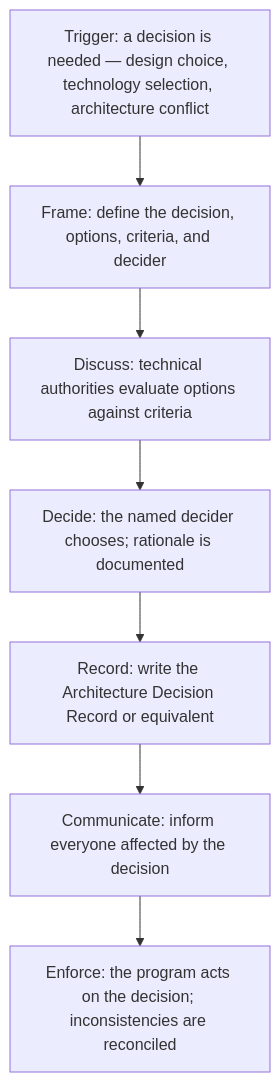
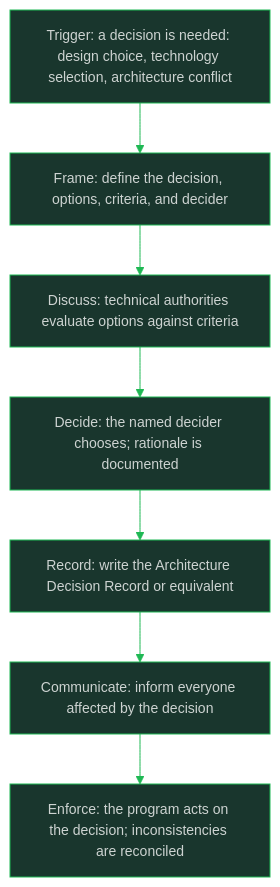
Before and after one commit to oat431/swe-knowledge: the diagram in career-path/12_Technical_Program_Manager/02_Technical_Integration_and_Architecture/06_Technical_Decision_Facilitation.md, drawn with Mermaid. The commit also changed other lines of this file and 893 other files, not shown here.

````diff
--- a/career-path/12_Technical_Program_Manager/02_Technical_Integration_and_Architecture/06_Technical_Decision_Facilitation.md
+++ b/career-path/12_Technical_Program_Manager/02_Technical_Integration_and_Architecture/06_Technical_Decision_Facilitation.md
@@ -31,9 +31,10 @@
 ```mermaid
+%%{init: {'theme':'base','themeVariables':{'primaryColor':'#19362D','primaryTextColor':'#CDD3D1','primaryBorderColor':'#1FB854','lineColor':'#1FB854','background':'#1B1717','mainBkg':'#19362D','clusterBkg':'#161212','edgeLabelBackground':'#161212','titleColor':'#1FB854','fontSize':'14px'}}}%%
 flowchart TD
-    TRIGGER["Trigger: a decision is needed — design choice, technology selection, architecture conflict"] --> FRAME["Frame: define the decision, options, criteria, and decider"]
+    TRIGGER["Trigger: a decision is needed: design choice, technology selection, architecture conflict"] --> FRAME["Frame: define the decision, options, criteria, and decider"]
     FRAME --> DISCUSS["Discuss: technical authorities evaluate options against criteria"]
     DISCUSS --> DECIDE["Decide: the named decider chooses; rationale is documented"]
     DECIDE --> RECORD["Record: write the Architecture Decision Record or equivalent"]
     RECORD --> COMMUNICATE["Communicate: inform everyone affected by the decision"]
     COMMUNICATE --> ENFORCE["Enforce: the program acts on the decision; inconsistencies are reconciled"]
 ```
````
